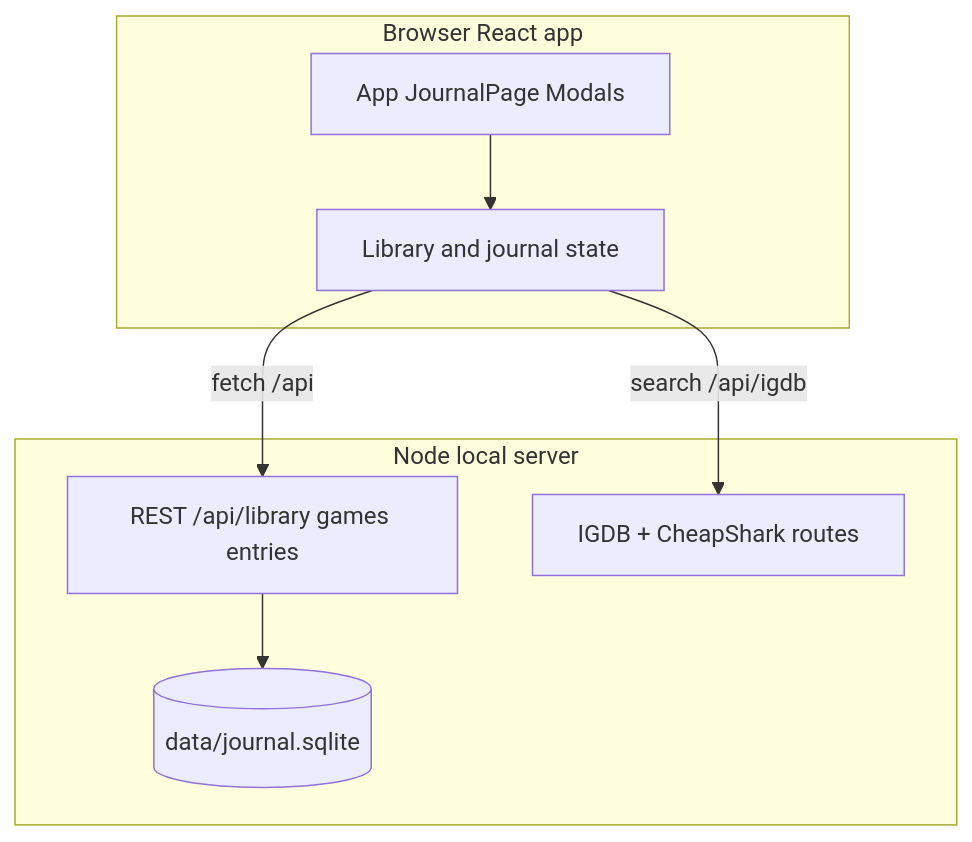
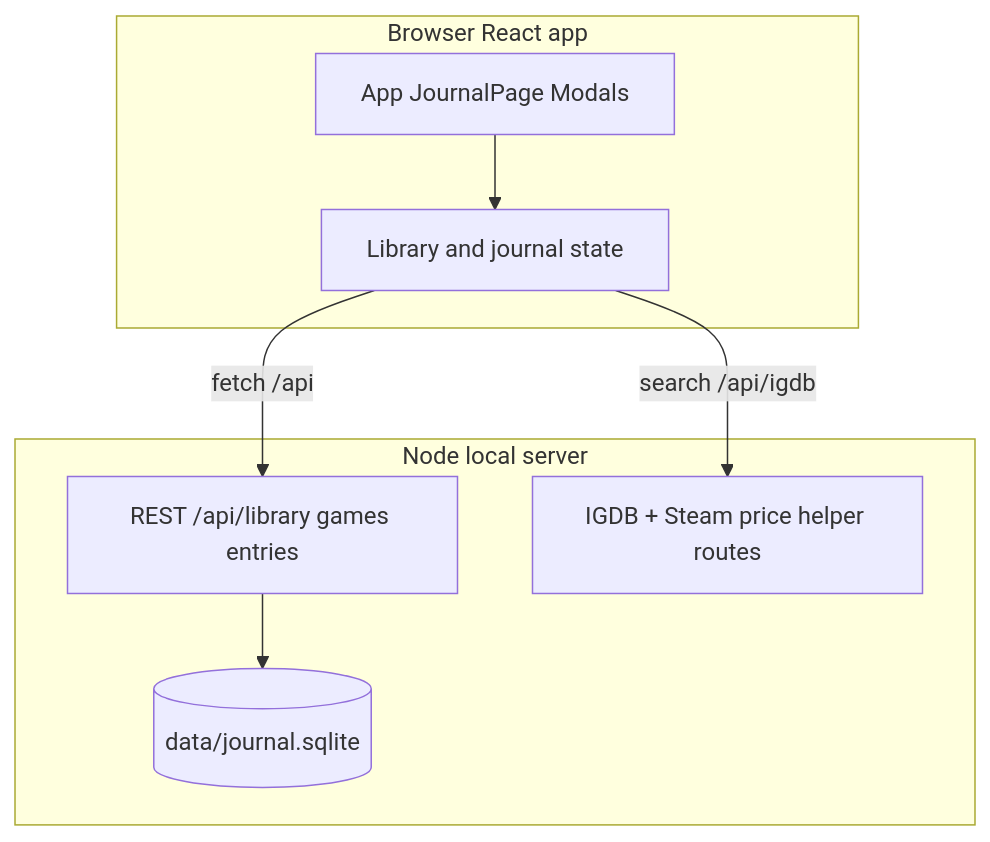
Before and after one commit to BenJPanackal/game-journal-clean: the diagram in README.md, drawn with Mermaid. The commit also changed other lines of this file and 7 other files, not shown here.

First line of the commit message:
Replace CheapShark with IGDB external_games + Steam Store API pricing

````diff
--- a/README.md
+++ b/README.md
@@ -13,16 +13,16 @@
 ```mermaid
 flowchart TB
   subgraph browser [Browser React app]
     UI[App JournalPage Modals]
     Ctx[Library and journal state]
   end
   subgraph node [Node local server]
     API[REST /api/library games entries]
     Store[(data/journal.sqlite)]
-    IGDBProxy[IGDB + CheapShark routes]
+    IGDBProxy[IGDB + Steam price helper routes]
   end
   UI --> Ctx
   Ctx -->|fetch /api| API
   API --> Store
   Ctx -->|search /api/igdb| IGDBProxy
 ```
````
